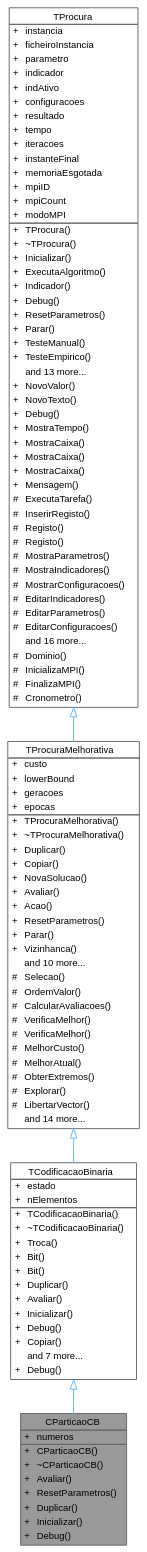
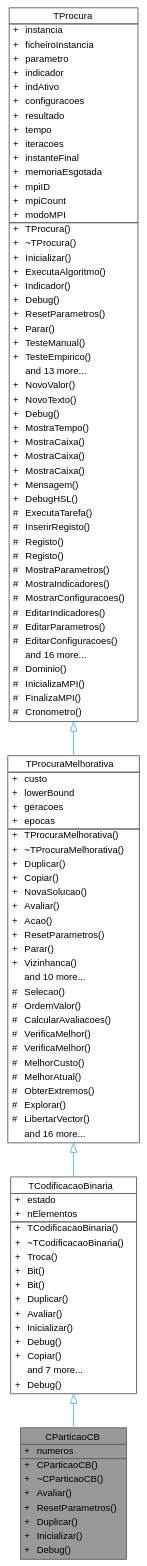
One commit to jcoelho72/TProcura changed the diagram in classCParticaoCB__inherit__graph.dot. Above: the diagram before and after it, drawn with Graphviz. The commit also changed 331 other files, not shown here.

```diff
--- a/classCParticaoCB__inherit__graph.dot
+++ b/classCParticaoCB__inherit__graph.dot
@@ -66,7 +66,7 @@
 <TR><TD VALIGN="top" CELLPADDING="1" CELLSPACING="0">#</TD><TD VALIGN="top" ALIGN="LEFT" CELLPADDING="1" CELLSPACING="0">ObterExtremos()<BR ALIGN="LEFT"/></TD></TR>
 <TR><TD VALIGN="top" CELLPADDING="1" CELLSPACING="0">#</TD><TD VALIGN="top" ALIGN="LEFT" CELLPADDING="1" CELLSPACING="0">Explorar()<BR ALIGN="LEFT"/></TD></TR>
 <TR><TD VALIGN="top" CELLPADDING="1" CELLSPACING="0">#</TD><TD VALIGN="top" ALIGN="LEFT" CELLPADDING="1" CELLSPACING="0">LibertarVector()<BR ALIGN="LEFT"/></TD></TR>
-<TR><TD VALIGN="top" CELLPADDING="1" CELLSPACING="0"></TD><TD VALIGN="top" ALIGN="LEFT" CELLPADDING="1" CELLSPACING="0">and 14 more...</TD></TR>
+<TR><TD VALIGN="top" CELLPADDING="1" CELLSPACING="0"></TD><TD VALIGN="top" ALIGN="LEFT" CELLPADDING="1" CELLSPACING="0">and 16 more...</TD></TR>
 </TABLE>>
 ,height=0.2,width=0.4,color="gray40", fillcolor="white", style="filled",URL="$classTProcuraMelhorativa.html",tooltip=" "];
   Node4 -> Node3 [id="edge3_Node000003_Node000004",dir="back",color="steelblue1",style="solid",tooltip=" ",arrowtail="onormal"];
@@ -106,6 +106,7 @@
 <TR><TD VALIGN="top" CELLPADDING="1" CELLSPACING="0">+</TD><TD VALIGN="top" ALIGN="LEFT" CELLPADDING="1" CELLSPACING="0">MostraCaixa()<BR ALIGN="LEFT"/></TD></TR>
 <TR><TD VALIGN="top" CELLPADDING="1" CELLSPACING="0">+</TD><TD VALIGN="top" ALIGN="LEFT" CELLPADDING="1" CELLSPACING="0">MostraCaixa()<BR ALIGN="LEFT"/></TD></TR>
 <TR><TD VALIGN="top" CELLPADDING="1" CELLSPACING="0">+</TD><TD VALIGN="top" ALIGN="LEFT" CELLPADDING="1" CELLSPACING="0">Mensagem()<BR ALIGN="LEFT"/></TD></TR>
+<TR><TD VALIGN="top" CELLPADDING="1" CELLSPACING="0">+</TD><TD VALIGN="top" ALIGN="LEFT" CELLPADDING="1" CELLSPACING="0">DebugHSL()<BR ALIGN="LEFT"/></TD></TR>
 <TR><TD VALIGN="top" CELLPADDING="1" CELLSPACING="0">#</TD><TD VALIGN="top" ALIGN="LEFT" CELLPADDING="1" CELLSPACING="0">ExecutaTarefa()<BR ALIGN="LEFT"/></TD></TR>
 <TR><TD VALIGN="top" CELLPADDING="1" CELLSPACING="0">#</TD><TD VALIGN="top" ALIGN="LEFT" CELLPADDING="1" CELLSPACING="0">InserirRegisto()<BR ALIGN="LEFT"/></TD></TR>
 <TR><TD VALIGN="top" CELLPADDING="1" CELLSPACING="0">#</TD><TD VALIGN="top" ALIGN="LEFT" CELLPADDING="1" CELLSPACING="0">Registo()<BR ALIGN="LEFT"/></TD></TR>
```
